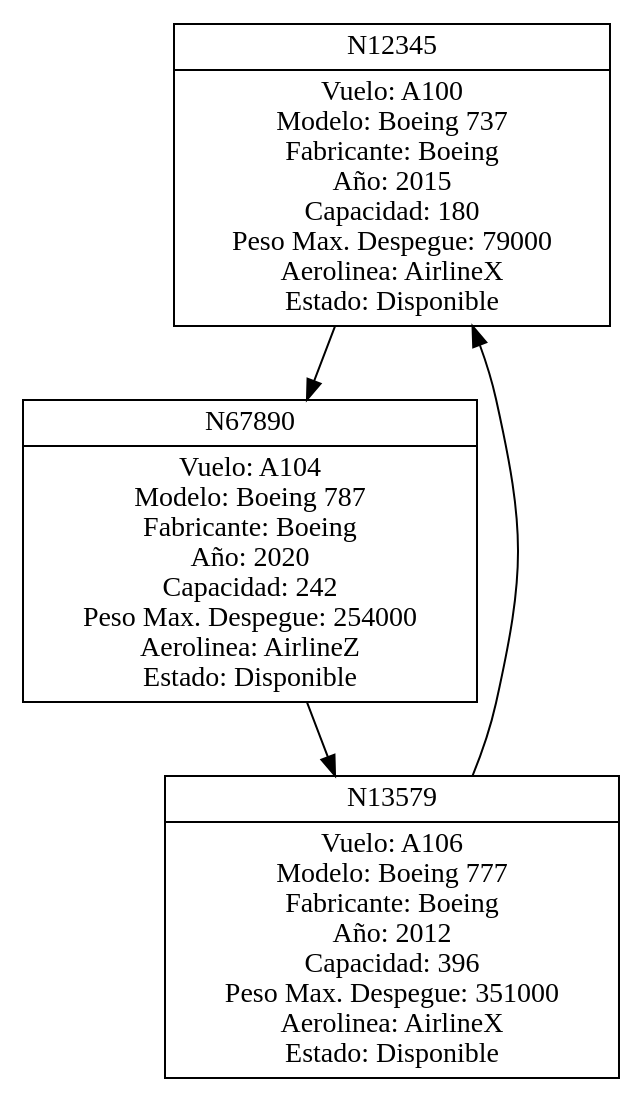
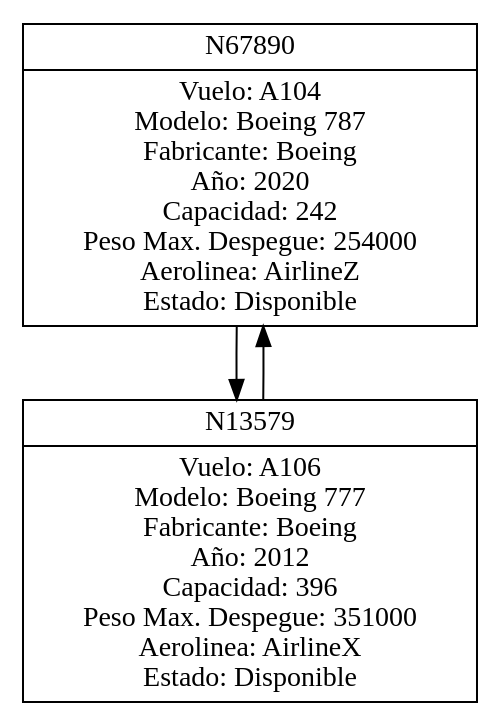
The diagram in cmake-build-debug/avionesDisponibles.dot (moisibot/201930195_EDD_Practica), drawn with Graphviz before and after one commit. The commit also changed 18 other files, not shown here.

```diff
--- a/cmake-build-debug/avionesDisponibles.dot
+++ b/cmake-build-debug/avionesDisponibles.dot
@@ -1,9 +1,7 @@
 digraph AvionesDisponibles {
   node [shape=record];
-  nodo0x5637fa0edde0 [label="{{N12345}|{Vuelo: A100\nModelo: Boeing 737\nFabricante: Boeing\nAño: 2015\nCapacidad: 180\nPeso Max. Despegue: 79000\nAerolinea: AirlineX\nEstado: Disponible}}"];
-  nodo0x5637fa0edde0 -> nodo0x5637fa0ef9a0;
-  nodo0x5637fa0ef9a0 [label="{{N67890}|{Vuelo: A104\nModelo: Boeing 787\nFabricante: Boeing\nAño: 2020\nCapacidad: 242\nPeso Max. Despegue: 254000\nAerolinea: AirlineZ\nEstado: Disponible}}"];
-  nodo0x5637fa0ef9a0 -> nodo0x5637fa0efab0;
-  nodo0x5637fa0efab0 [label="{{N13579}|{Vuelo: A106\nModelo: Boeing 777\nFabricante: Boeing\nAño: 2012\nCapacidad: 396\nPeso Max. Despegue: 351000\nAerolinea: AirlineX\nEstado: Disponible}}"];
-  nodo0x5637fa0efab0 -> nodo0x5637fa0edde0;
+  nodo0x5614ed2709a0 [label="{{N67890}|{Vuelo: A104\nModelo: Boeing 787\nFabricante: Boeing\nAño: 2020\nCapacidad: 242\nPeso Max. Despegue: 254000\nAerolinea: AirlineZ\nEstado: Disponible}}"];
+  nodo0x5614ed2709a0 -> nodo0x5614ed270ab0;
+  nodo0x5614ed270ab0 [label="{{N13579}|{Vuelo: A106\nModelo: Boeing 777\nFabricante: Boeing\nAño: 2012\nCapacidad: 396\nPeso Max. Despegue: 351000\nAerolinea: AirlineX\nEstado: Disponible}}"];
+  nodo0x5614ed270ab0 -> nodo0x5614ed2709a0;
 }
```
